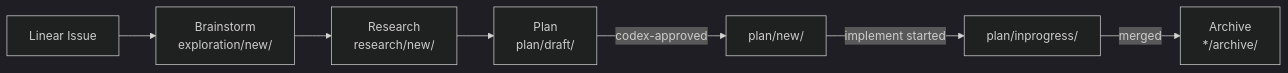
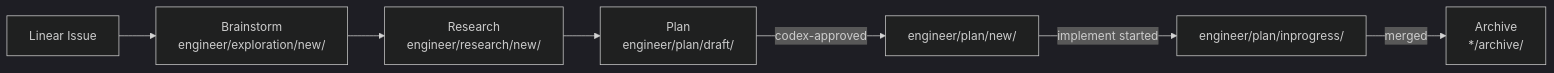
The diagram in CLAUDE.md (xrliAnnie/flywheel-qa-sandbox), drawn with Mermaid (dark theme) before and after one commit. The commit also changed other lines of this file and 373 other files, not shown here.

````diff
--- a/CLAUDE.md
+++ b/CLAUDE.md
@@ -101,9 +103,9 @@
 ```mermaid
 graph LR
-    LI[Linear Issue] --> B[Brainstorm<br/>exploration/new/]
-    B --> R[Research<br/>research/new/]
-    R --> P[Plan<br/>plan/draft/]
-    P -->|codex-approved| N[plan/new/]
-    N -->|implement started| IP[plan/inprogress/]
+    LI[Linear Issue] --> B[Brainstorm<br/>engineer/exploration/new/]
+    B --> R[Research<br/>engineer/research/new/]
+    R --> P[Plan<br/>engineer/plan/draft/]
+    P -->|codex-approved| N[engineer/plan/new/]
+    N -->|implement started| IP[engineer/plan/inprogress/]
     IP -->|merged| A[Archive<br/>*/archive/]
 ```
````
